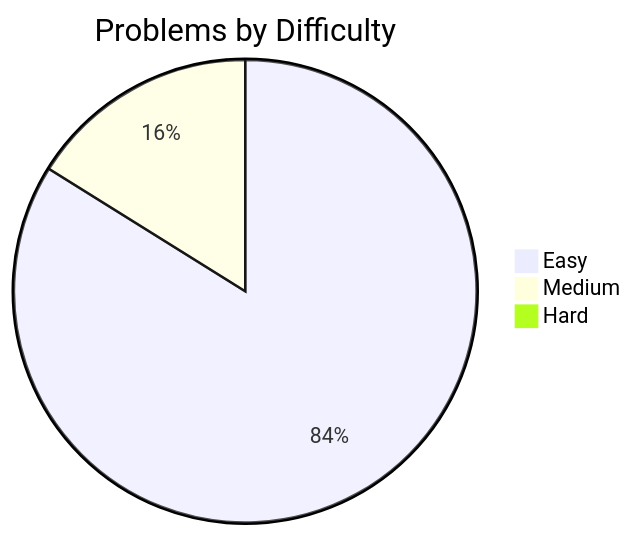
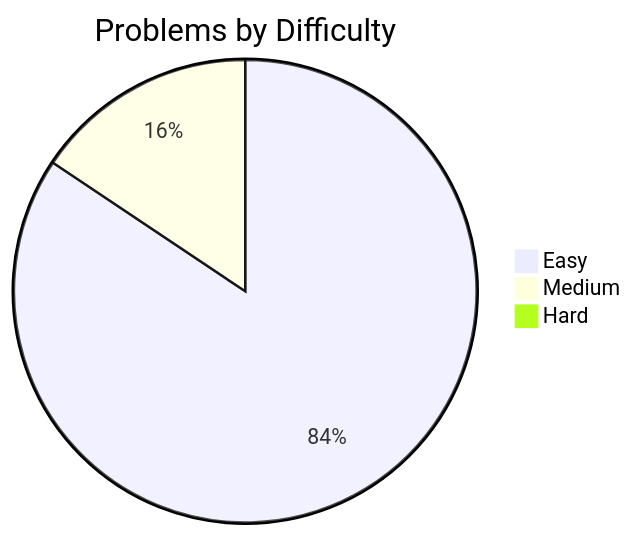
One commit to davelin18yufan/leetcode-journal changed the diagram in README.md. Above: the diagram before and after it, drawn with Mermaid. The commit also changed other lines of this file and 7 other files, not shown here.

````diff
--- a/README.md
+++ b/README.md
@@ -7,7 +7,7 @@
 ```mermaid
 pie
     title Problems by Difficulty
-    "Easy" : 52
+    "Easy" : 54
     "Medium" : 10
     "Hard" : 0
 ```
````
